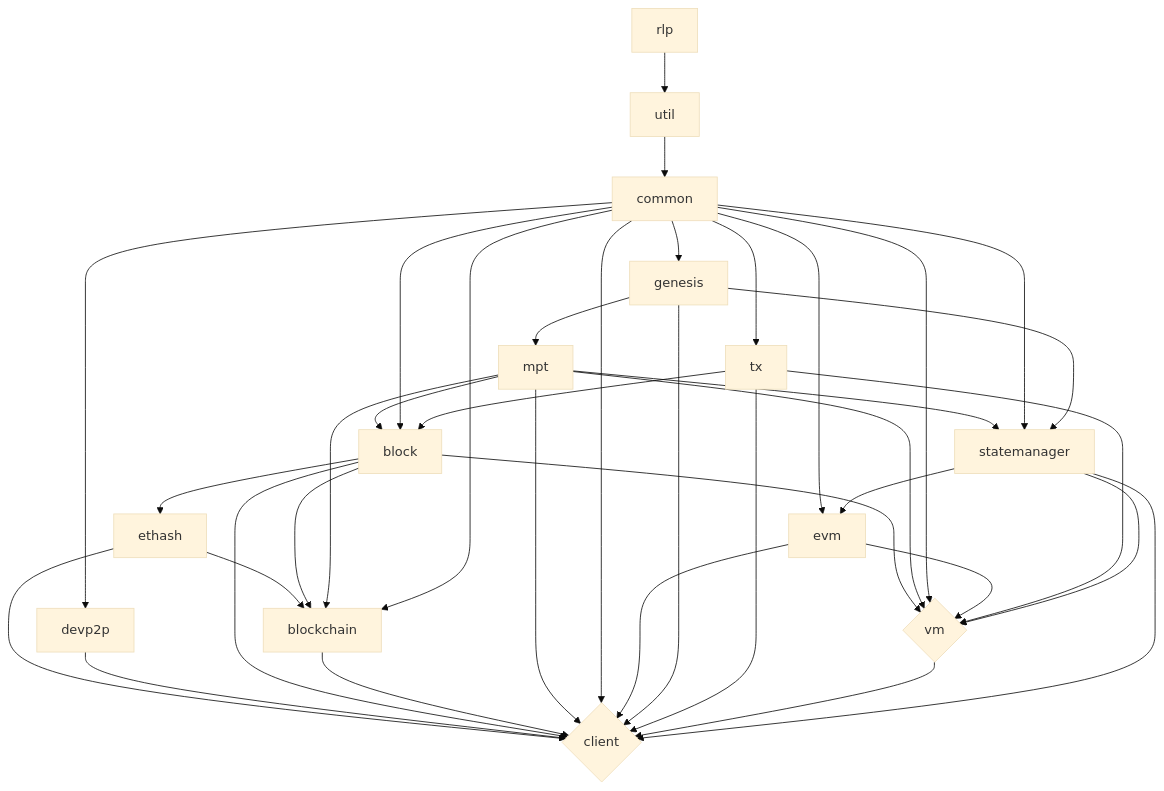
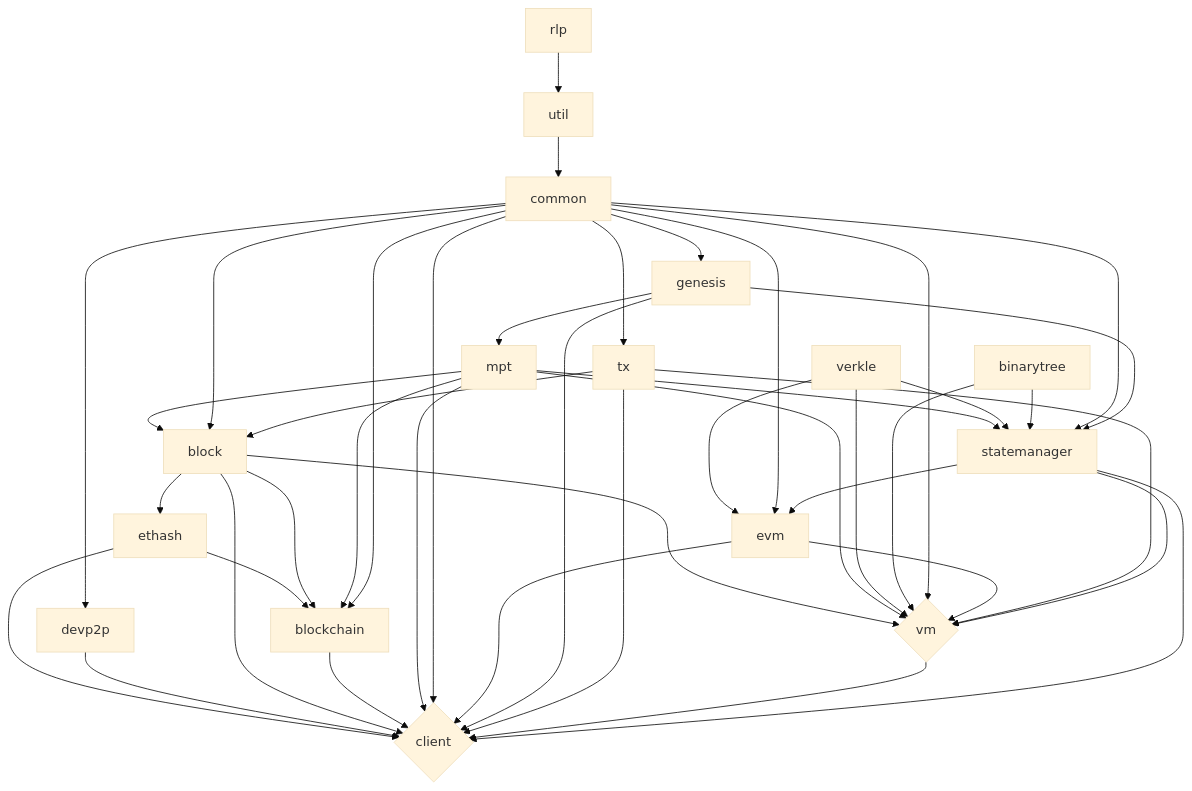
The diagram in README.md (ethereumjs/ethereumjs-monorepo), drawn with Mermaid (base theme) before and after one commit.

Commit message:
Add packages to relationship diagram

````diff
--- a/README.md
+++ b/README.md
@@ -65,41 +65,46 @@
 ```mermaid
  graph TD
    vm{vm}
    client{client}
    ethash --> blockchain
    ethash --> client
    devp2p --> client
    block --> client
    block --> blockchain
    block --> ethash
    block --> vm
    blockchain --> client
    mpt --> client
    mpt --> vm
    mpt --> blockchain
    mpt --> block
    mpt --> statemanager
+   verkle --> vm
+   verkle --> evm
+   verkle --> statemanager
+   binarytree --> vm
+   binarytree --> statemanager
    util --> common
    common --> block
    common --> statemanager
    common --> tx
    common --> blockchain
    common --> vm
    common --> evm
    common --> client
    common --> devp2p
    common --> genesis
    evm --> vm
    evm --> client
    genesis --> client
    genesis --> statemanager
    genesis --> mpt
    tx --> block
    tx --> vm
    tx --> client
    vm --> client
    rlp --> util
    statemanager --> evm
    statemanager --> vm
    statemanager --> client
 ```
````
